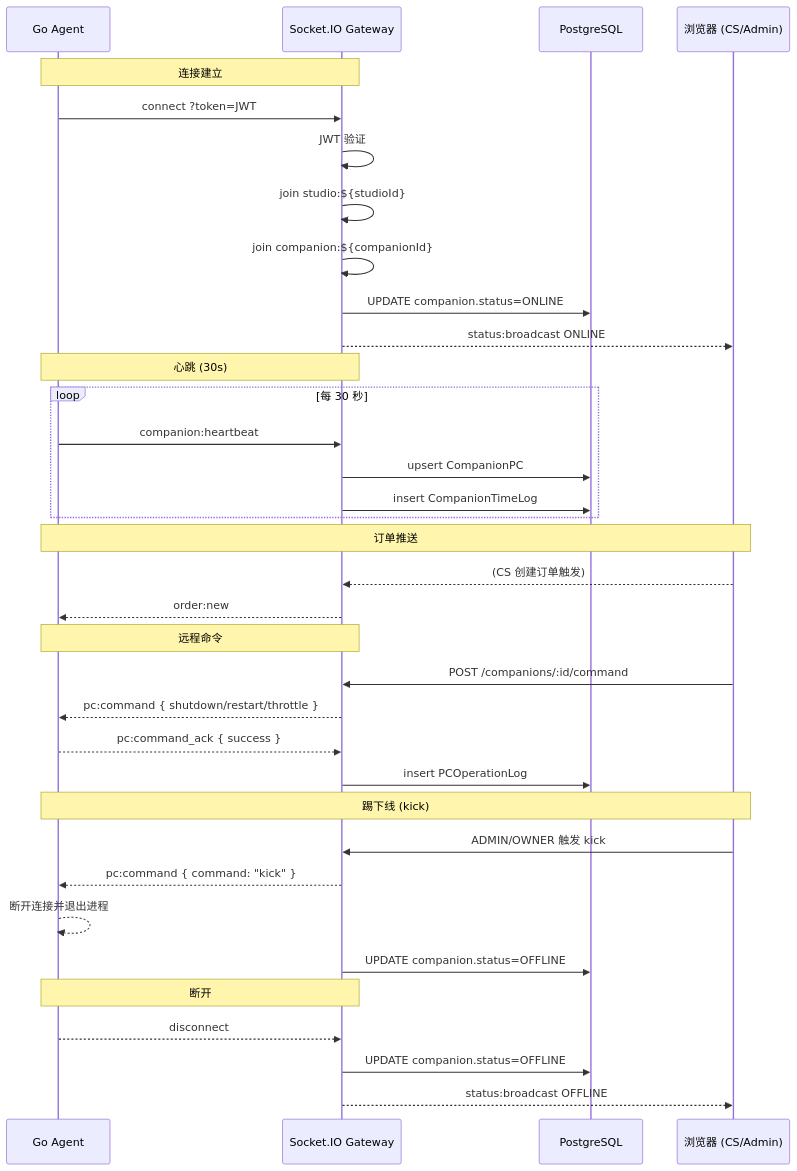
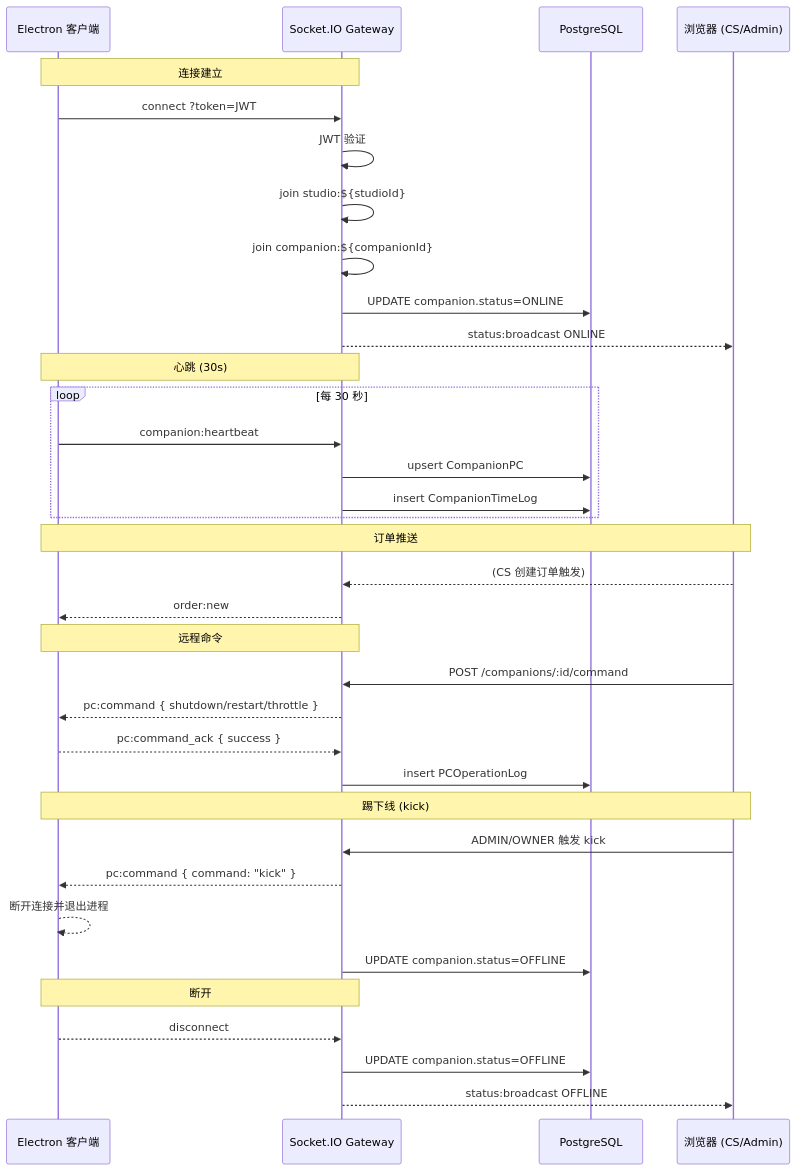
One commit to jonell/game-workspace changed the eighth of 10 diagrams in docs/ARCHITECTURE.md. Above: the diagram before and after it, drawn with Mermaid. The commit also changed other lines of this file and 29 other files, not shown here.

First line of the commit message:
chore: remove Go Agent code and references, replaced by Electron companion app

````diff
--- a/docs/ARCHITECTURE.md
+++ b/docs/ARCHITECTURE.md
@@ -279,43 +279,43 @@
 ```mermaid
 sequenceDiagram
-    participant AGENT as Go Agent
+    participant AGENT as Electron 客户端
     participant GW as Socket.IO Gateway
     participant DB as PostgreSQL
     participant BROWSER as 浏览器 (CS/Admin)
 
     Note over AGENT,GW: 连接建立
     AGENT->>GW: connect ?token=JWT
     GW->>GW: JWT 验证
     GW->>GW: join studio:${studioId}
     GW->>GW: join companion:${companionId}
     GW->>DB: UPDATE companion.status=ONLINE
     GW-->>BROWSER: status:broadcast ONLINE
 
     Note over AGENT,GW: 心跳 (30s)
     loop 每 30 秒
         AGENT->>GW: companion:heartbeat
         GW->>DB: upsert CompanionPC
         GW->>DB: insert CompanionTimeLog
     end
 
     Note over AGENT,BROWSER: 订单推送
     BROWSER-->>GW: (CS 创建订单触发)
     GW-->>AGENT: order:new
 
     Note over AGENT,GW: 远程命令
     BROWSER->>GW: POST /companions/:id/command
     GW-->>AGENT: pc:command { shutdown/restart/throttle }
     AGENT-->>GW: pc:command_ack { success }
     GW->>DB: insert PCOperationLog
 
     Note over AGENT,BROWSER: 踢下线 (kick)
     BROWSER->>GW: ADMIN/OWNER 触发 kick
     GW-->>AGENT: pc:command { command: "kick" }
     AGENT-->>AGENT: 断开连接并退出进程
     GW->>DB: UPDATE companion.status=OFFLINE
 
     Note over AGENT,GW: 断开
     AGENT-->>GW: disconnect
     GW->>DB: UPDATE companion.status=OFFLINE
     GW-->>BROWSER: status:broadcast OFFLINE
 ```
````
